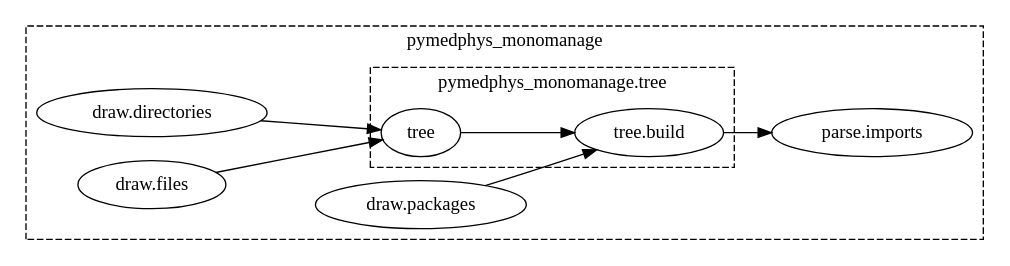
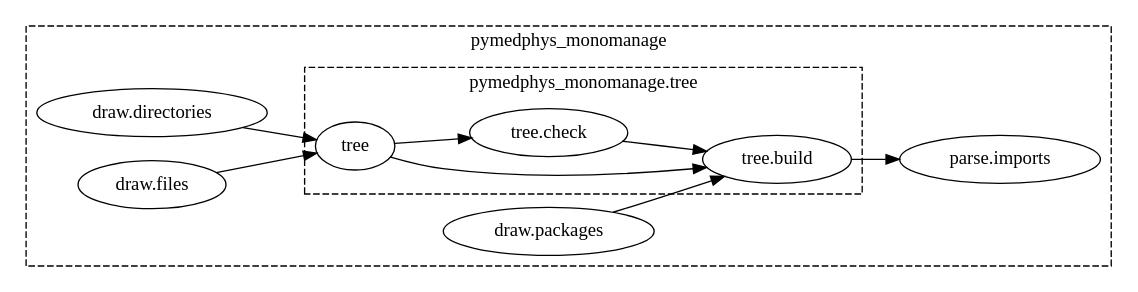
Before and after one commit to pymedphys/pymedphys: the diagram in docs/graphs/pymedphys_monomanage.tree.dot, drawn with Graphviz. The commit also changed 51 other files, not shown here.

```diff
--- a/docs/graphs/pymedphys_monomanage.tree.dot
+++ b/docs/graphs/pymedphys_monomanage.tree.dot
@@ -1,33 +1,39 @@
 strict digraph  {
     rankdir = LR;
 
     subgraph cluster_0 {
         "pymedphys_monomanage.draw.directories";
 "pymedphys_monomanage.draw.files";
 "pymedphys_monomanage.draw.packages";
 "pymedphys_monomanage.parse.imports";
         label = "pymedphys_monomanage";
         style = dashed;
 
         subgraph cluster_1 {
             { rank = same; "pymedphys_monomanage.tree.build"; }
+            { rank = same; "pymedphys_monomanage.tree.check"; }
             { rank = same; "pymedphys_monomanage.tree"; }
 
             label = "pymedphys_monomanage.tree"
         }
     }
 
     "pymedphys_monomanage.draw.directories" [label="draw.directories"];
     "pymedphys_monomanage.draw.files" [label="draw.files"];
     "pymedphys_monomanage.draw.packages" [label="draw.packages"];
     "pymedphys_monomanage.parse.imports" [label="parse.imports"];
     "pymedphys_monomanage.tree" [label="tree"];
     "pymedphys_monomanage.tree.build" [label="tree.build"];
+    "pymedphys_monomanage.tree.check" [label="tree.check"];
 
     "pymedphys_monomanage.tree" -> "pymedphys_monomanage.tree.build";
+    "pymedphys_monomanage.tree" -> "pymedphys_monomanage.tree.check";
     "pymedphys_monomanage.draw.directories" -> "pymedphys_monomanage.tree";
     "pymedphys_monomanage.draw.files" -> "pymedphys_monomanage.tree";
     "pymedphys_monomanage.tree.build" -> "pymedphys_monomanage.parse.imports";
     "pymedphys_monomanage.draw.packages" -> "pymedphys_monomanage.tree.build";
     "pymedphys_monomanage.tree" -> "pymedphys_monomanage.tree.build";
+    "pymedphys_monomanage.tree.check" -> "pymedphys_monomanage.tree.build";
+    "pymedphys_monomanage.tree.check" -> "pymedphys_monomanage.tree.build";
+    "pymedphys_monomanage.tree" -> "pymedphys_monomanage.tree.check";
 }
```
